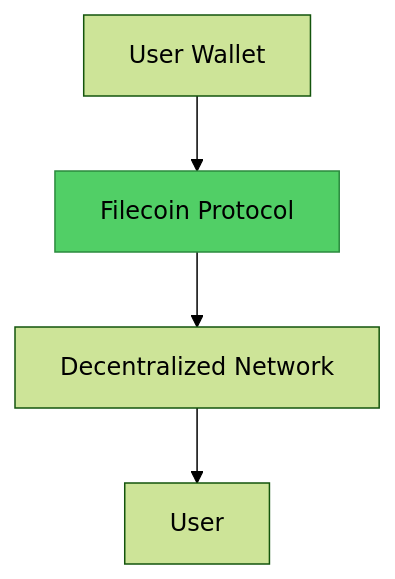
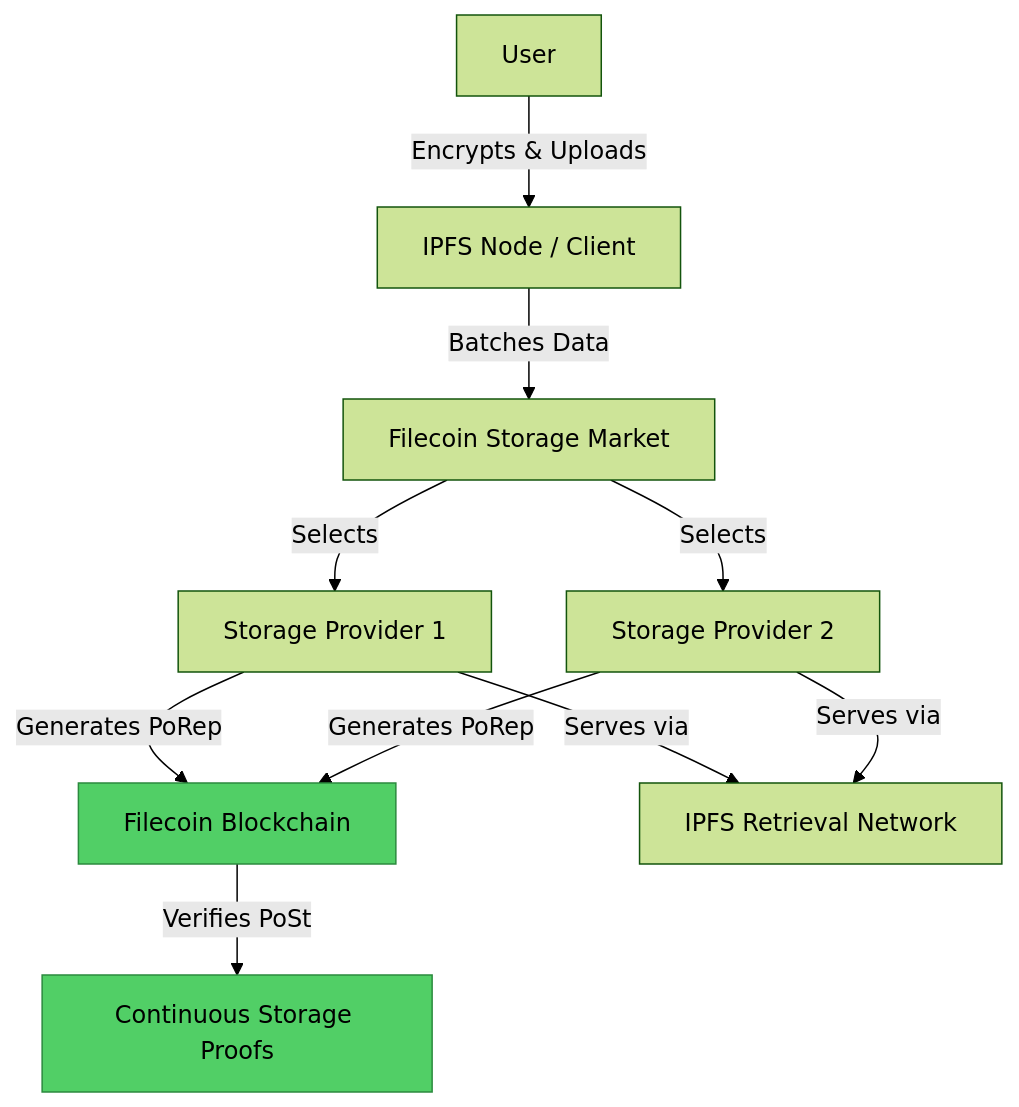
The second of 2 diagrams in 03-storage/02-dropbox-to-filecoin.md (Elvatar2/Web2-To-Web3-Migration-Guide), drawn with Mermaid (forest theme) before and after one commit. The commit also changed other lines of this file, not shown here.

````diff
--- a/03-storage/02-dropbox-to-filecoin.md
+++ b/03-storage/02-dropbox-to-filecoin.md
@@ -63,8 +76,14 @@
 ```mermaid
 graph TB
-    A[User Wallet] --> B[Filecoin Protocol]
-    B --> C[Decentralized Network]
-    C --> D[User]
+    A[User] -->|Encrypts & Uploads| B[IPFS Node / Client]
+    B -->|Batches Data| C[Filecoin Storage Market]
+    C -->|Selects| D[Storage Provider 1]
+    C -->|Selects| E[Storage Provider 2]
+    D -->|Generates PoRep| F[Filecoin Blockchain]
+    E -->|Generates PoRep| F
+    F -->|Verifies PoSt| G[Continuous Storage Proofs]
+    D & E -->|Serves via| H[IPFS Retrieval Network]
 
-    style B fill:#51cf66,stroke:#2b8a3e
+    style F fill:#51cf66,stroke:#2b8a3e
+    style G fill:#51cf66,stroke:#2b8a3e
 ```
````
